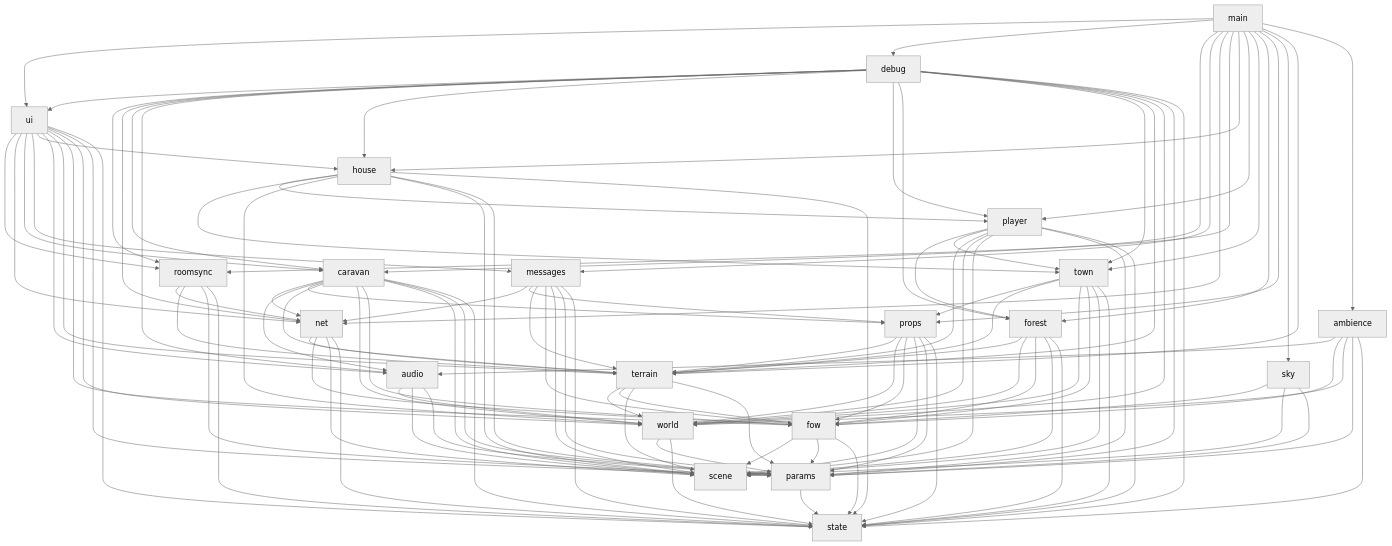
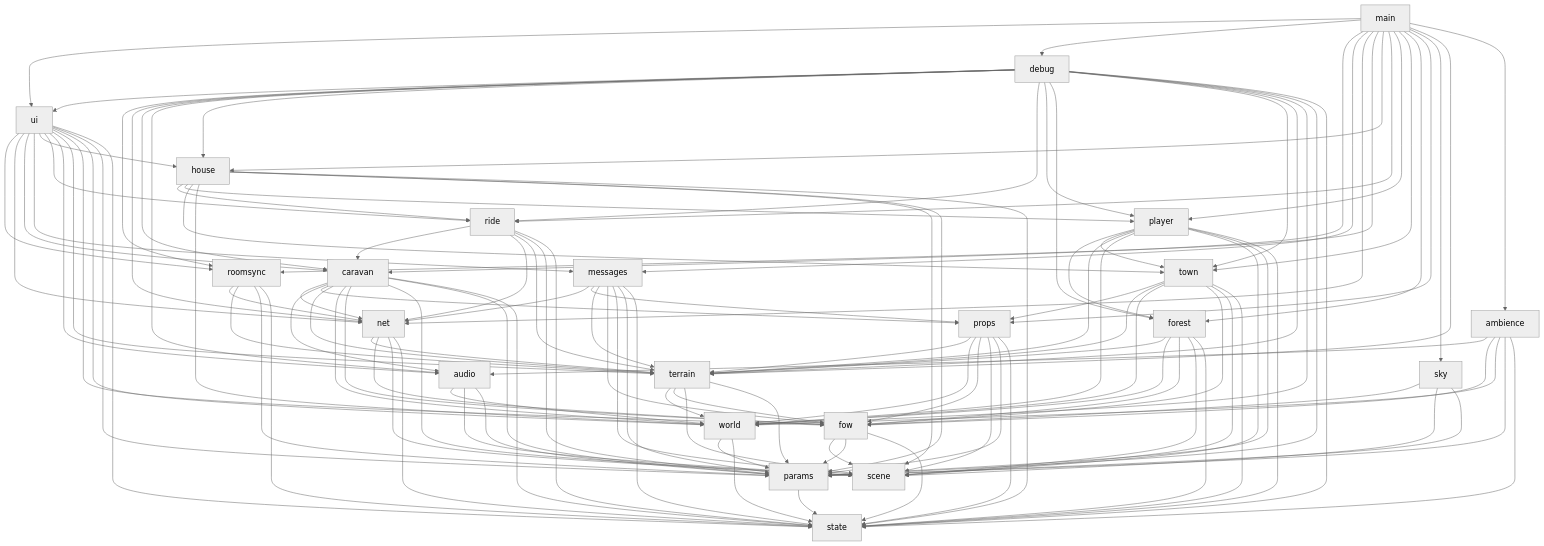
Before and after one commit to 0t3dWCE/inner-sphere-proto: the diagram in ARCHITECTURE.md, drawn with Mermaid (neutral theme). The commit also changed other lines of this file and 13 other files, not shown here.

````diff
--- a/ARCHITECTURE.md
+++ b/ARCHITECTURE.md
@@ -39,24 +40,25 @@
 ```mermaid
 flowchart TD
-  main --> ui & debug & caravan & messages & net & roomsync & house & player & town & forest & props & sky & terrain & ambience
-  ui --> roomsync & net & caravan & messages & house & audio & terrain & fow & world & params & state
-  debug --> ui & roomsync & net & caravan & audio & house & player & forest & town & terrain & world & params & state
-  house --> player & town & world & scene & params & state
+  main --> ui & debug & caravan & messages & net & roomsync & house & ride & player & town & forest & props & sky & terrain & ambience
+  ui --> roomsync & net & caravan & messages & house & ride & audio & terrain & fow & world & params & state
+  debug --> ui & roomsync & net & caravan & audio & house & ride & player & forest & town & terrain & world & params & state
+  house --> ride & player & town & world & scene & params & state
+  ride --> caravan & net & terrain & params & state
   roomsync --> net & terrain & params & state
   caravan --> net & audio & props & terrain & world & fow & scene & params & state
   messages --> net & props & terrain & fow & scene & params & state
   ambience --> audio & fow & world & params & state
   audio --> world & scene & params
   net --> terrain & fow & scene & state
   player --> forest & town & terrain & world & scene & params & state
   town --> props & terrain & world & fow & scene & state
   forest --> terrain & world & fow & scene & state
   props --> terrain & world & fow & scene & params & state
   sky --> fow & scene & params
   terrain --> world & fow & scene & params
   fow --> scene & params & state
   world --> params & state
   params --> state
   scene
   state
 ```
````
